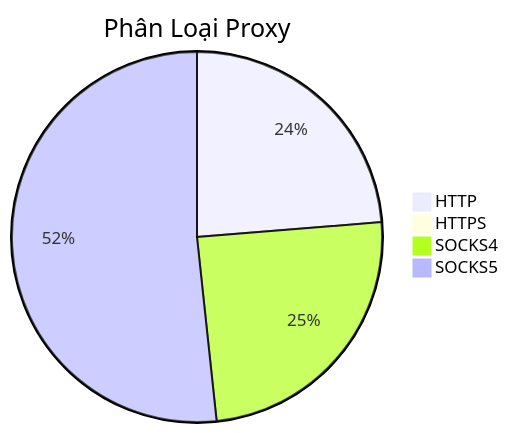
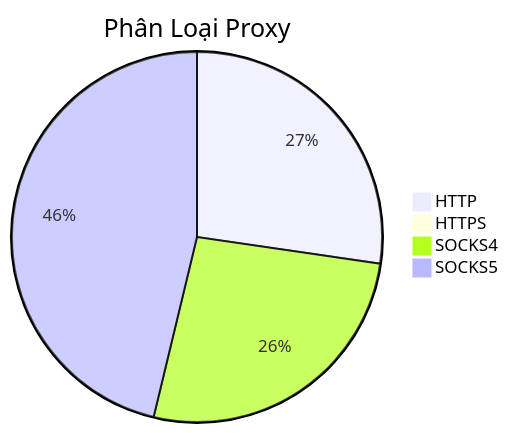
The diagram in README.md (Ciara-Aa/PROXY-free), drawn with Mermaid before and after one commit. The commit also changed other lines of this file and 4 other files, not shown here.

````diff
--- a/README.md
+++ b/README.md
@@ -26,7 +26,7 @@
 ```mermaid
 pie title Phân Loại Proxy
-    "HTTP" : 189
-    "HTTPS" : 2
-    "SOCKS4" : 196
-    "SOCKS5" : 412
+    "HTTP" : 225
+    "HTTPS" : 1
+    "SOCKS4" : 218
+    "SOCKS5" : 381
 ```
````
